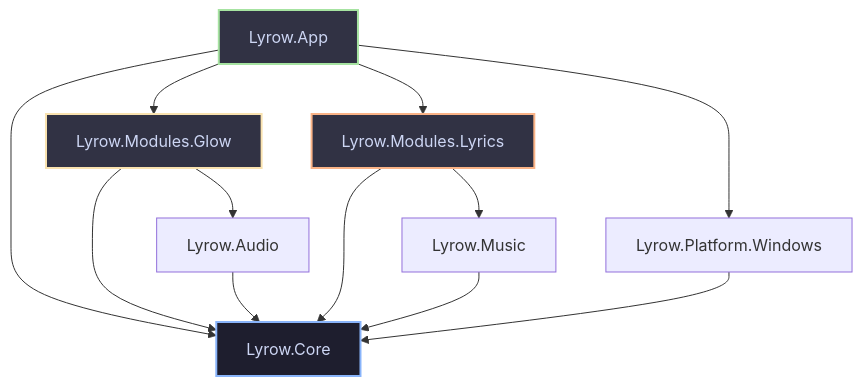
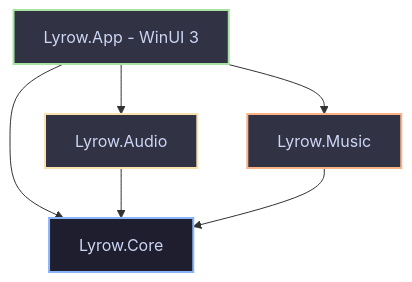
Before and after one commit to owergungor/Lyrow: the first of 2 diagrams in docs/ARCHITECTURE.md, drawn with Mermaid. The commit also changed other lines of this file and 4 other files, not shown here.

````diff
--- a/docs/ARCHITECTURE.md
+++ b/docs/ARCHITECTURE.md
@@ -64,22 +63,14 @@
 ```mermaid
 graph TD
-    App[Lyrow.App] --> Core[Lyrow.Core]
-    App --> Glow[Lyrow.Modules.Glow]
-    App --> Lyrics[Lyrow.Modules.Lyrics]
-    App --> WinPlatform[Lyrow.Platform.Windows]
+    App[Lyrow.App - WinUI 3] --> Core[Lyrow.Core]
+    App --> Audio[Lyrow.Audio]
+    App --> Music[Lyrow.Music]
 
-    Glow --> Core
-    Glow --> Audio[Lyrow.Audio]
-    
-    Lyrics --> Core
-    Lyrics --> Music[Lyrow.Music]
-    
     Audio --> Core
     Music --> Core
-    WinPlatform --> Core
 
     style Core fill:#1e1e2e,stroke:#89b4fa,stroke-width:2px,color:#cdd6f4
     style App fill:#313244,stroke:#a6e3a1,stroke-width:2px,color:#cdd6f4
-    style Glow fill:#313244,stroke:#f9e2af,stroke-width:2px,color:#cdd6f4
-    style Lyrics fill:#313244,stroke:#fab387,stroke-width:2px,color:#cdd6f4
+    style Audio fill:#313244,stroke:#f9e2af,stroke-width:2px,color:#cdd6f4
+    style Music fill:#313244,stroke:#fab387,stroke-width:2px,color:#cdd6f4
 ```
````
